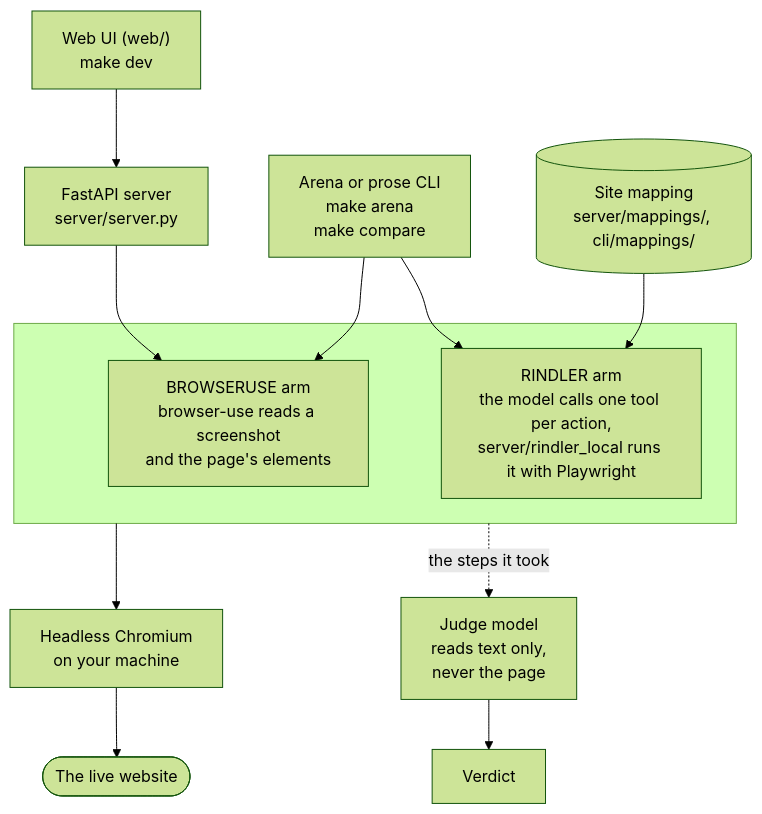
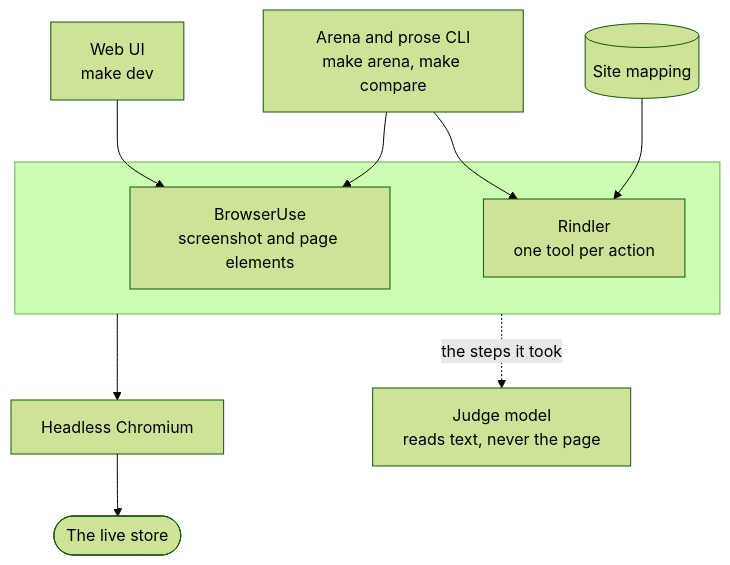
Before and after one commit to meetchie/agent-benchmark: the diagram in README.md, drawn with Mermaid (forest theme). The commit also changed other lines of this file and 5 other files, not shown here.

````diff
--- a/README.md
+++ b/README.md
@@ -58,16 +51,16 @@
 ```mermaid
 flowchart TD
-    ui["Web UI (web/)<br/>make dev"] --> api["FastAPI server<br/>server/server.py"]
-    runner["Arena or prose CLI<br/>make arena<br/>make compare"]
-    map[("Site mapping<br/>server/mappings/, cli/mappings/")]
-    api --> bu
-    runner --> bu
-    runner --> rl
+    ui["Web UI<br/>make dev"]
+    cmp["Arena and prose CLI<br/>make arena, make compare"]
+    map[("Site mapping")]
+    subgraph agents [" "]
+        bu["BrowserUse<br/>screenshot and page elements"]
+        rl["Rindler<br/>one tool per action"]
+    end
+    ui --> bu
+    cmp --> bu
+    cmp --> rl
     map --> rl
-    subgraph arms [" "]
-        bu["BROWSERUSE arm<br/>browser-use reads a screenshot<br/>and the page's elements"]
-        rl["RINDLER arm<br/>the model calls one tool per action,<br/>server/rindler_local runs it with Playwright"]
-    end
-    arms --> chrome["Headless Chromium<br/>on your machine"] --> site(["The live website"])
-    arms -. "the steps it took" .-> judge["Judge model<br/>reads text only,<br/>never the page"] --> verdict["Verdict"]
+    agents --> chrome["Headless Chromium"] --> site(["The live store"])
+    agents -. "the steps it took" .-> judge["Judge model<br/>reads text, never the page"]
 ```
````
